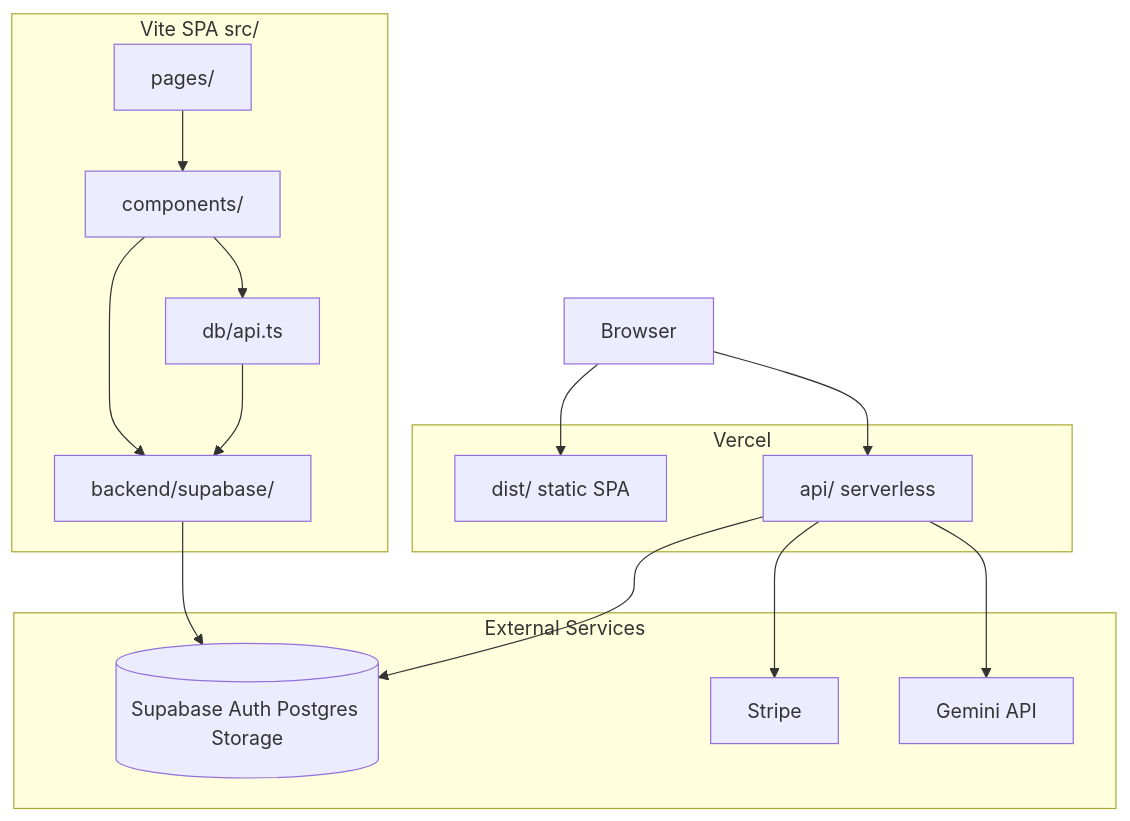
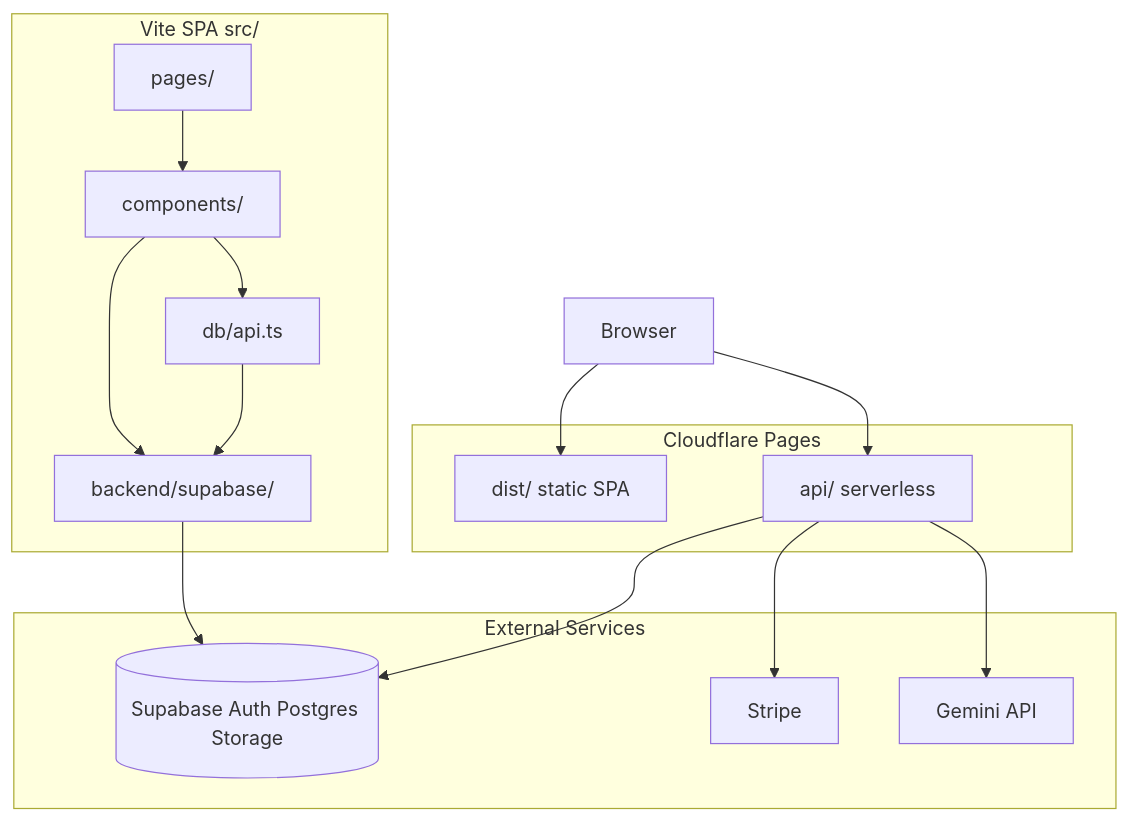
The diagram in docs/handoff/03-architecture-and-data-flow.md (brysonandtiff-ops/vishvakarma-os), drawn with Mermaid before and after one commit. The commit also changed other lines of this file and 134 other files, not shown here.

````diff
--- a/docs/handoff/03-architecture-and-data-flow.md
+++ b/docs/handoff/03-architecture-and-data-flow.md
@@ -7,31 +7,31 @@
 ```mermaid
 flowchart TB
   subgraph client [Vite SPA src/]
     Pages[pages/]
     Components[components/]
     Gateways[backend/supabase/]
     DBApi[db/api.ts]
     Pages --> Components
     Components --> Gateways
     Components --> DBApi
     DBApi --> Gateways
   end
 
-  subgraph vercel [Vercel]
+  subgraph cloudflare [Cloudflare Pages]
     Static[dist/ static SPA]
     API[api/ serverless]
   end
 
   subgraph external [External Services]
     Supabase[(Supabase Auth Postgres Storage)]
     Stripe[Stripe]
     Gemini[Gemini API]
   end
 
   Browser --> Static
   Browser --> API
   Gateways --> Supabase
   API --> Supabase
   API --> Stripe
   API --> Gemini
 ```
````
